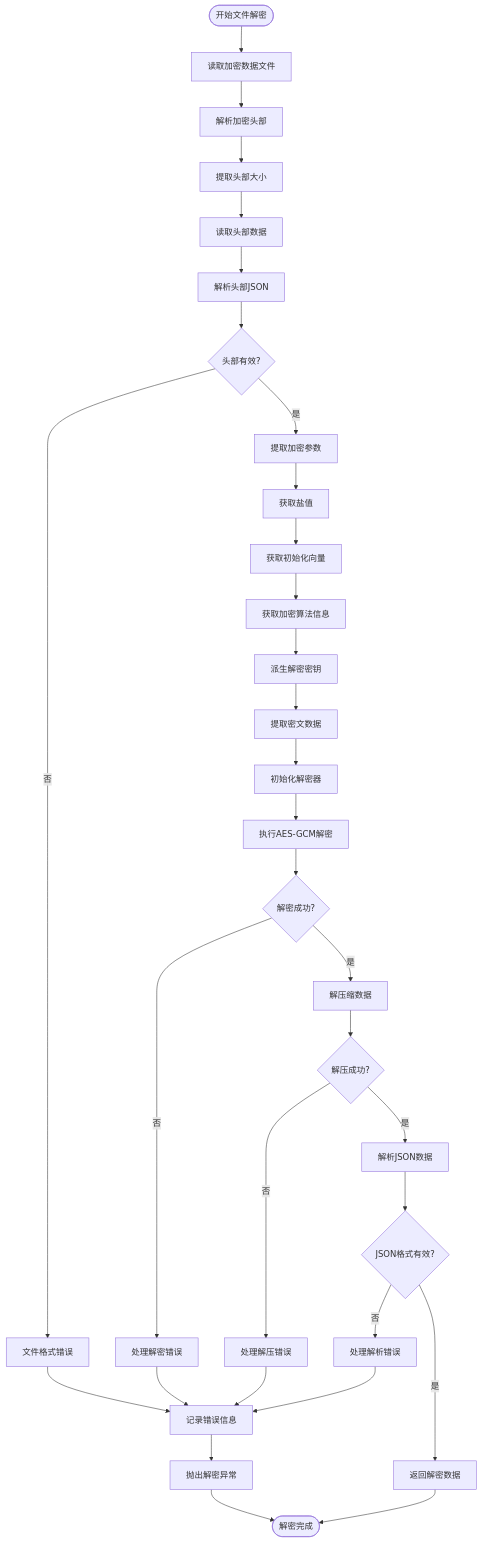
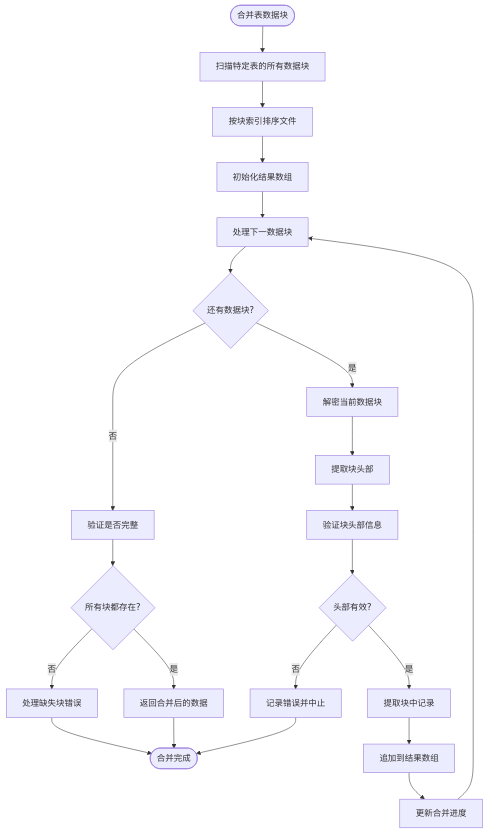
One commit to yingjianzh/iodraw-files changed the diagram in all/未命名-53.md. Above: the diagram before and after it, drawn with Mermaid.

Commit message:
2025-05-09 17:32:44 update

````diff
--- a/all/未命名-53.md
+++ b/all/未命名-53.md
@@ -1,45 +1,31 @@
 ```mermaid
 flowchart TD
-    Start([开始文件解密]) --> ReadFile[读取加密数据文件]
-    ReadFile --> ParseHeader[解析加密头部]
+    Start([合并表数据块]) --> ScanFiles[扫描特定表的所有数据块]
+    ScanFiles --> SortByIndex[按块索引排序文件]
+    SortByIndex --> InitResults[初始化结果数组]
     
-    ParseHeader --> ExtractHeaderSize[提取头部大小]
-    ExtractHeaderSize --> ReadHeaderData[读取头部数据]
-    ReadHeaderData --> ParseHeaderJSON[解析头部JSON]
+    InitResults --> ProcessNextChunk[处理下一数据块]
+    ProcessNextChunk --> MoreChunks{还有数据块?}
     
-    ParseHeaderJSON --> HeaderValid{头部有效?}
-    HeaderValid -->|否| DecryptionError[文件格式错误]
-    HeaderValid -->|是| ExtractParams[提取加密参数]
+    MoreChunks -->|否| ValidateComplete[验证是否完整]
+    MoreChunks -->|是| DecryptChunk[解密当前数据块]
     
-    ExtractParams --> GetSalt[获取盐值]
-    GetSalt --> GetIV[获取初始化向量]
-    GetIV --> GetAlgorithm[获取加密算法信息]
+    DecryptChunk --> ExtractHeader[提取块头部]
+    ExtractHeader --> ValidateHeader[验证块头部信息]
     
-    GetAlgorithm --> DeriveKey[派生解密密钥]
-    DeriveKey --> ExtractCiphertext[提取密文数据]
-    ExtractCiphertext --> InitDecryption[初始化解密器]
+    ValidateHeader --> HeaderValid{头部有效?}
+    HeaderValid -->|否| HandleHeaderError[记录错误并中止]
+    HeaderValid -->|是| ExtractChunkRecords[提取块中记录]
     
-    InitDecryption --> PerformDecryption[执行AES-GCM解密]
-    PerformDecryption --> DecryptionSuccess{解密成功?}
+    ExtractChunkRecords --> AppendToResults[追加到结果数组]
+    AppendToResults --> UpdateProgress[更新合并进度]
+    UpdateProgress --> ProcessNextChunk
     
-    DecryptionSuccess -->|否| HandleDecryptError[处理解密错误]
-    DecryptionSuccess -->|是| DecompressData[解压缩数据]
+    ValidateComplete --> AllBlocksPresent{所有块都存在?}
+    AllBlocksPresent -->|否| HandleMissingBlocks[处理缺失块错误]
+    AllBlocksPresent -->|是| ReturnMergedData[返回合并后的数据]
     
-    DecompressData --> DecompressionSuccess{解压成功?}
-    DecompressionSuccess -->|否| HandleDecompressError[处理解压错误]
-    DecompressionSuccess -->|是| ParseJSON[解析JSON数据]
-    
-    ParseJSON --> JSONValid{JSON格式有效?}
-    JSONValid -->|否| HandleParseError[处理解析错误]
-    JSONValid -->|是| ReturnDecryptedData[返回解密数据]
-    
-    ReturnDecryptedData --> End([解密完成])
-    
-    DecryptionError --> LogError[记录错误信息]
-    HandleDecryptError --> LogError
-    HandleDecompressError --> LogError
-    HandleParseError --> LogError
-    
-    LogError --> ThrowException[抛出解密异常]
-    ThrowException --> End
+    ReturnMergedData --> End([合并完成])
+    HandleHeaderError --> End
+    HandleMissingBlocks --> End
 ```
````
